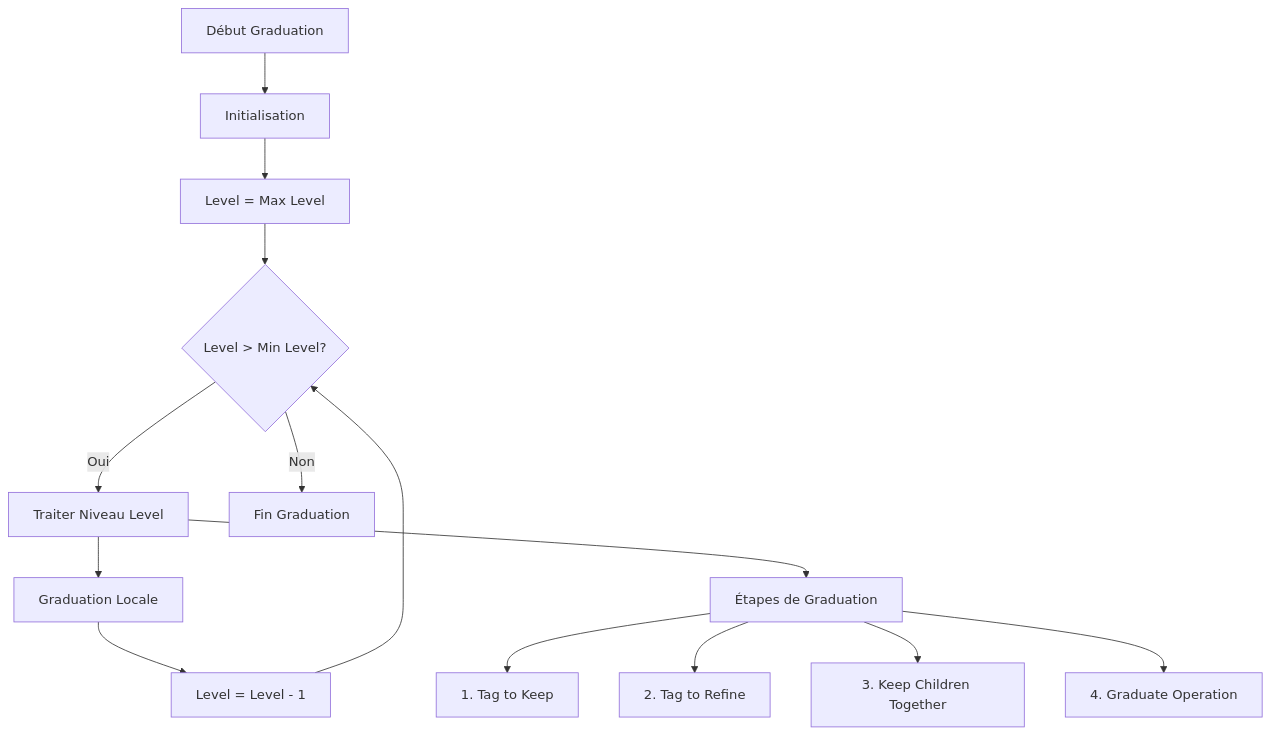
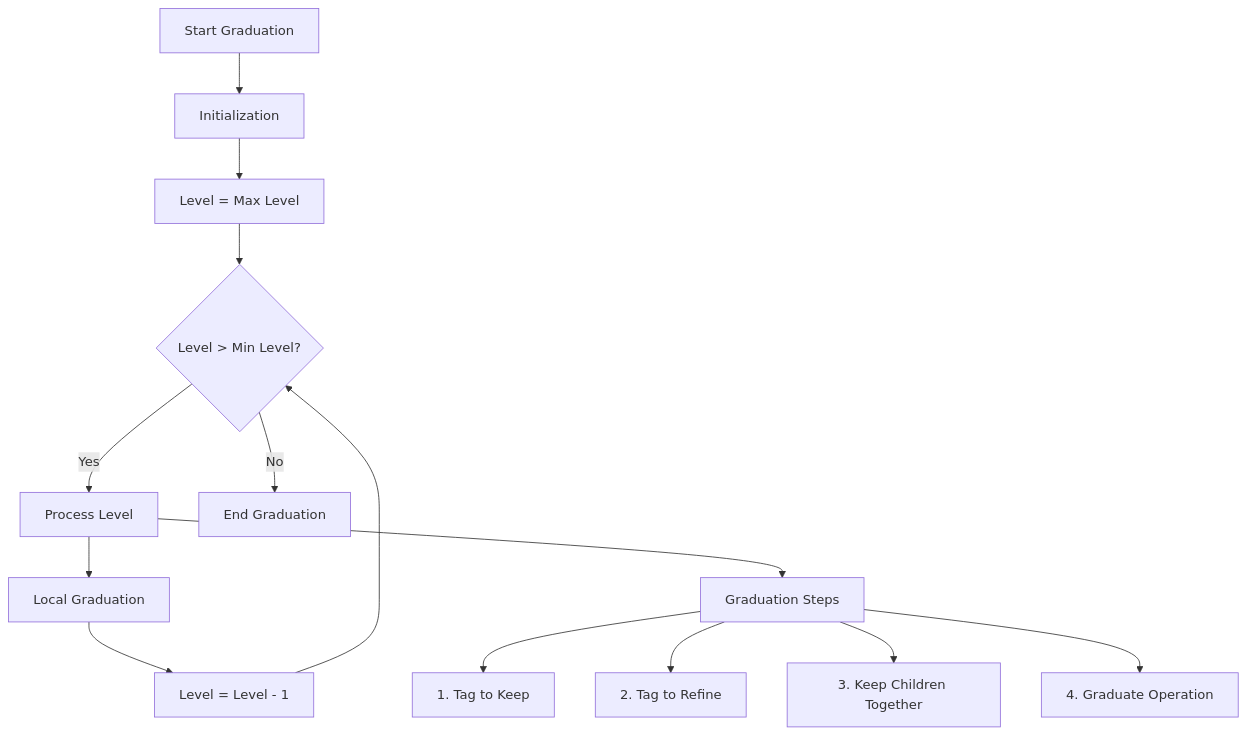
Before and after one commit to sbstndb/samurai: the second of 7 diagrams in docs/graduation_algorithm.md, drawn with Mermaid. The commit also changed other lines of this file and 8 other files, not shown here.

````diff
--- a/docs/graduation_algorithm.md
+++ b/docs/graduation_algorithm.md
@@ -53,17 +53,17 @@
 ```mermaid
 flowchart TD
-    A[Début Graduation] --> B[Initialisation]
+    A[Start Graduation] --> B[Initialization]
     B --> C[Level = Max Level]
     C --> D{Level > Min Level?}
-    D -->|Oui| E[Traiter Niveau Level]
-    E --> F[Graduation Locale]
+    D -->|Yes| E[Process Level]
+    E --> F[Local Graduation]
     F --> G[Level = Level - 1]
     G --> D
-    D -->|Non| H[Fin Graduation]
+    D -->|No| H[End Graduation]
     
-    E --> I[Étapes de Graduation]
+    E --> I[Graduation Steps]
     I --> J[1. Tag to Keep]
     I --> K[2. Tag to Refine]
     I --> L[3. Keep Children Together]
     I --> M[4. Graduate Operation]
 ```
````
